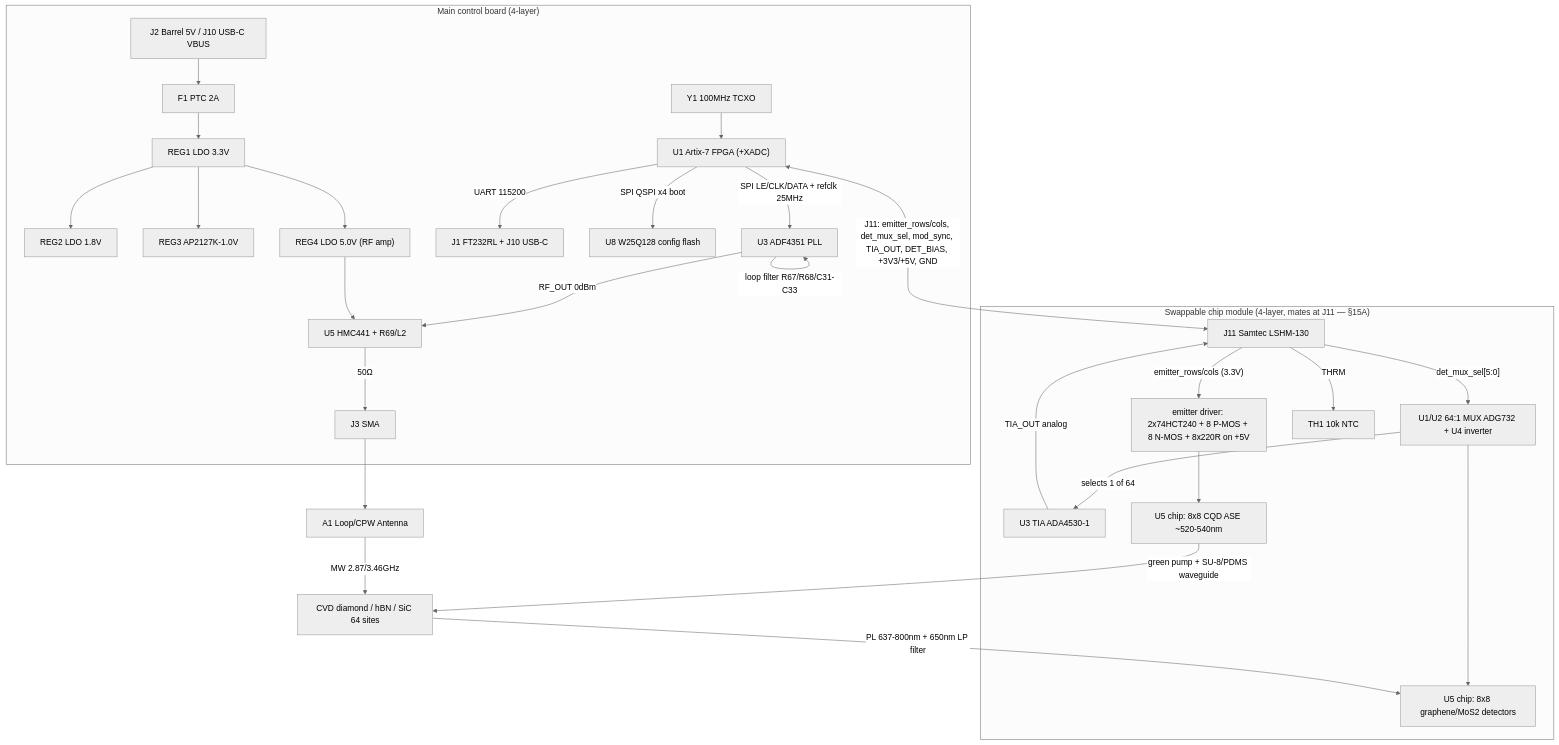
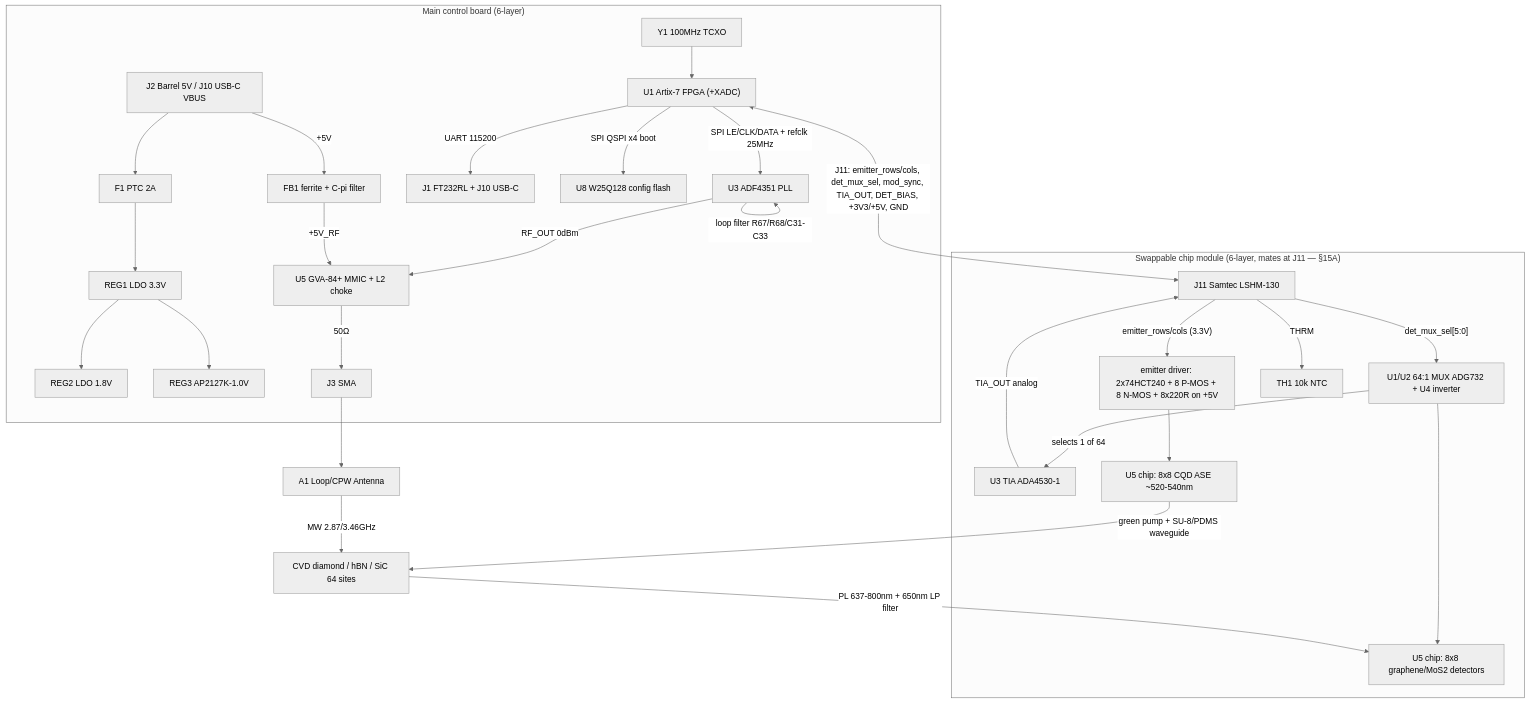
One commit to VABISMO/QSSC changed the first of 2 diagrams in hardware/HARDWARE_DESIGN.md. Above: the diagram before and after it, drawn with Mermaid (neutral theme). The commit also changed other lines of this file and 24 other files, not shown here.

````diff
--- a/hardware/HARDWARE_DESIGN.md
+++ b/hardware/HARDWARE_DESIGN.md
@@ -78,31 +81,31 @@
 ```mermaid
 flowchart TD
-    subgraph Main["Main control board (4-layer)"]
+    subgraph Main["Main control board (6-layer)"]
         J2["J2 Barrel 5V / J10 USB-C VBUS"] --> F1["F1 PTC 2A"] --> REG1["REG1 LDO 3.3V"]
         REG1 --> REG2["REG2 LDO 1.8V"]
         REG1 --> REG3["REG3 AP2127K-1.0V"]
-        REG1 --> REG4["REG4 LDO 5.0V (RF amp)"]
+        J2 -->|"+5V"| FB1["FB1 ferrite + C-pi filter"]
         Y1["Y1 100MHz TCXO"] --> U1["U1 Artix-7 FPGA (+XADC)"]
         U1 -->|"UART 115200"| J1["J1 FT232RL + J10 USB-C"]
         U1 -->|"SPI QSPI x4 boot"| W25["U8 W25Q128 config flash"]
         U1 -->|"SPI LE/CLK/DATA + refclk 25MHz"| U3["U3 ADF4351 PLL"]
         U3 -->|"loop filter R67/R68/C31-C33"| U3
-        U3 -->|"RF_OUT 0dBm"| U5["U5 HMC441 + R69/L2"]
-        REG4 --> U5
+        U3 -->|"RF_OUT 0dBm"| U5["U5 GVA-84+ MMIC + L2 choke"]
+        FB1 -->|"+5V_RF"| U5
         U5 -->|"50Ω"| J3["J3 SMA"]
     end
-    subgraph MOD["Swappable chip module (4-layer, mates at J11 — §15A)"]
+    subgraph MOD["Swappable chip module (6-layer, mates at J11 — §15A)"]
         J11["J11 Samtec LSHM-130"] -->|"det_mux_sel[5:0]"| MUX["U1/U2 64:1 MUX ADG732 + U4 inverter"]
         MUX -->|"selects 1 of 64"| TIA["U3 TIA ADA4530-1"]
         TIA -->|"TIA_OUT analog"| J11
         MUX --> DET["U5 chip: 8x8 graphene/MoS2 detectors"]
         J11 -->|"emitter_rows/cols (3.3V)"| DRV["emitter driver: 2x74HCT240 + 8 P-MOS + 8 N-MOS + 8x220R on +5V"]
         DRV --> EM["U5 chip: 8x8 CQD ASE ~520-540nm"]
         J11 -->|"THRM"| NTC["TH1 10k NTC"]
     end
     U1 <-->|"J11: emitter_rows/cols, det_mux_sel, mod_sync, TIA_OUT, DET_BIAS, +3V3/+5V, GND"| J11
     J3 --> A1["A1 Loop/CPW Antenna"]
     A1 -->|"MW 2.87/3.46GHz"| Sub["CVD diamond / hBN / SiC 64 sites"]
     EM -->|"green pump + SU-8/PDMS waveguide"| Sub
     Sub -->|"PL 637-800nm + 650nm LP filter"| DET
 ```
````
